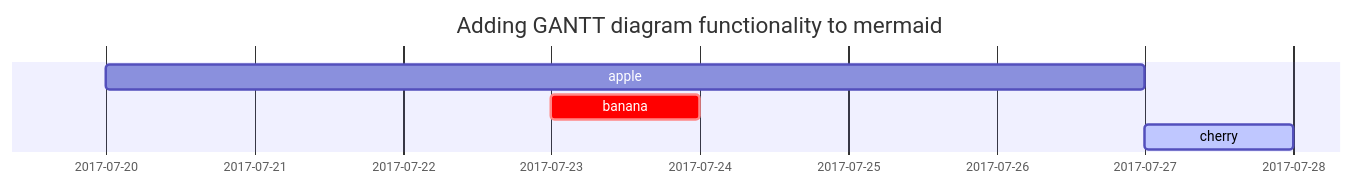
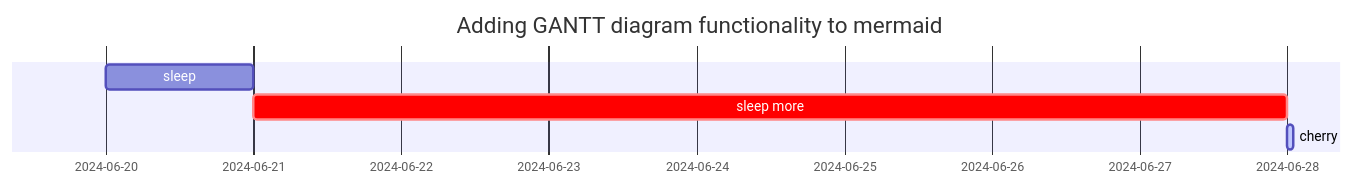
Before and after one commit to InsaneGe/insanege.github.io: the first of 3 diagrams in _posts/2024-11-07-Black Myth.md, drawn with Mermaid. The commit also changed other lines of this file and 11 other files, not shown here.

````diff
--- a/_posts/2024-11-07-Black Myth.md
+++ b/_posts/2024-11-07-Black Myth.md
@@ -132,7 +166,7 @@
 ```mermaid
  gantt
   title  Adding GANTT diagram functionality to mermaid
-  apple :a, 2017-07-20, 1w
-  banana :crit, b, 2017-07-23, 1d
-  cherry :active, c, after b a, 1d
+  sleep :a, 2024-06-20, 1d
+  sleep more :crit, b, after a, 1w
+  cherry :active, c, after b a, 1h
 ```
````
